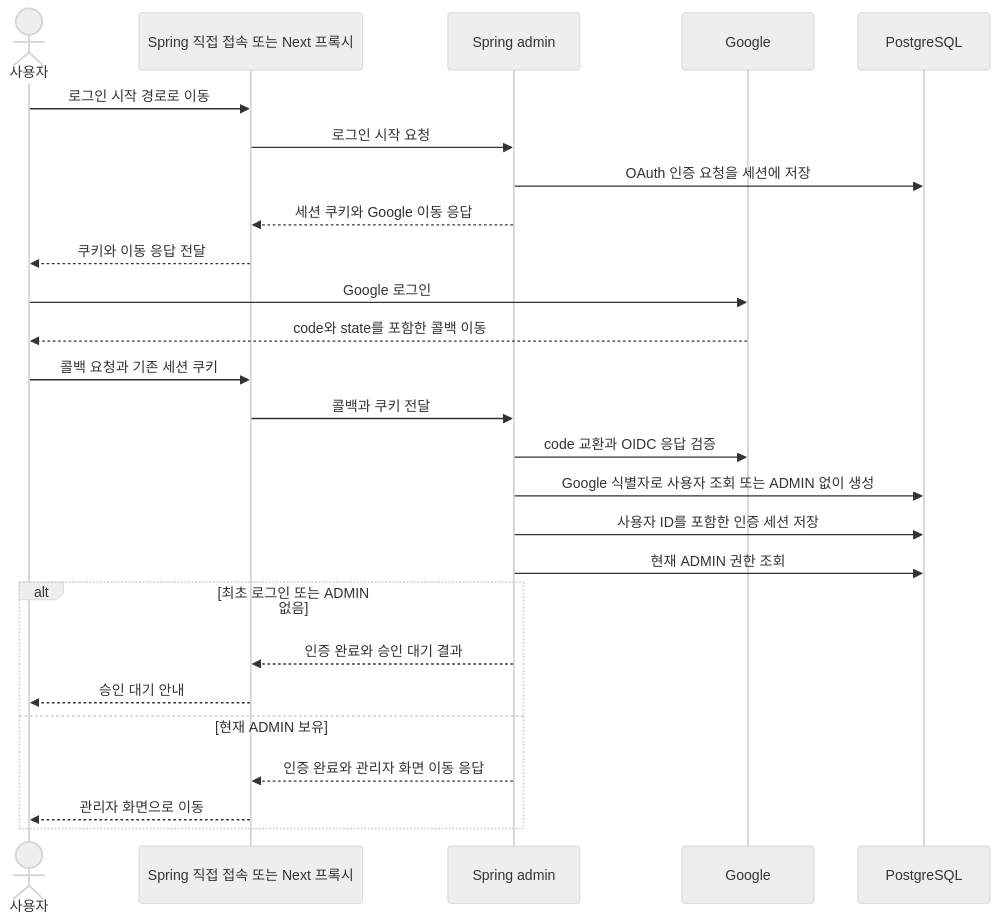
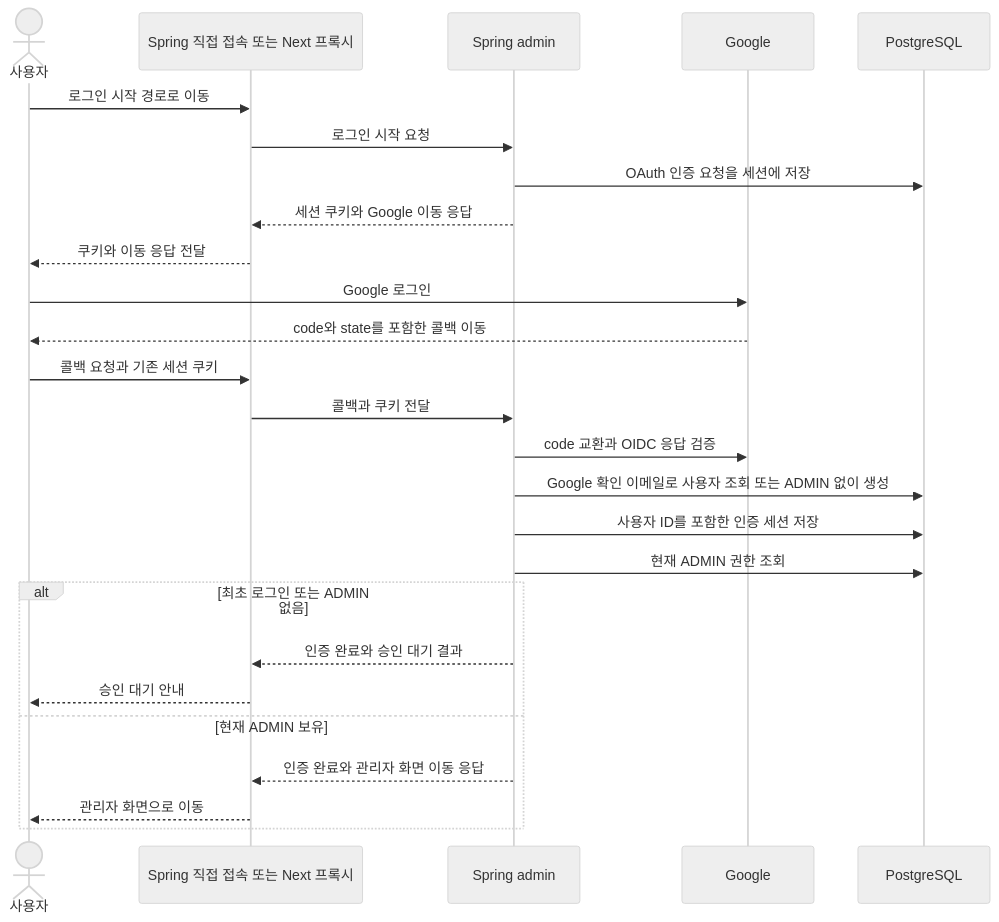
The second of 2 diagrams in docs/hld/2026-10-19-admin-auth-hld.md (Team-Neki/Team-Neki-Server), drawn with Mermaid (neutral theme) before and after one commit. The commit also changed other lines of this file and 2 other files, not shown here.

Commit message:
docs: admin HLD·LLD·배포 runbook 의 이메일 식별·V44·롤백 조건 설명을 맞춘다

````diff
--- a/docs/hld/2026-10-19-admin-auth-hld.md
+++ b/docs/hld/2026-10-19-admin-auth-hld.md
@@ -98,28 +98,28 @@
 ```mermaid
 sequenceDiagram
     actor User as 사용자
     participant Entry as Spring 직접 접속 또는 Next 프록시
     participant Spring as Spring admin
     participant Google as Google
     participant DB as PostgreSQL
     User->>Entry: 로그인 시작 경로로 이동
     Entry->>Spring: 로그인 시작 요청
     Spring->>DB: OAuth 인증 요청을 세션에 저장
     Spring-->>Entry: 세션 쿠키와 Google 이동 응답
     Entry-->>User: 쿠키와 이동 응답 전달
     User->>Google: Google 로그인
     Google-->>User: code와 state를 포함한 콜백 이동
     User->>Entry: 콜백 요청과 기존 세션 쿠키
     Entry->>Spring: 콜백과 쿠키 전달
     Spring->>Google: code 교환과 OIDC 응답 검증
-    Spring->>DB: Google 식별자로 사용자 조회 또는 ADMIN 없이 생성
+    Spring->>DB: Google 확인 이메일로 사용자 조회 또는 ADMIN 없이 생성
     Spring->>DB: 사용자 ID를 포함한 인증 세션 저장
     Spring->>DB: 현재 ADMIN 권한 조회
     alt 최초 로그인 또는 ADMIN 없음
         Spring-->>Entry: 인증 완료와 승인 대기 결과
         Entry-->>User: 승인 대기 안내
     else 현재 ADMIN 보유
         Spring-->>Entry: 인증 완료와 관리자 화면 이동 응답
         Entry-->>User: 관리자 화면으로 이동
     end
 ```
````
